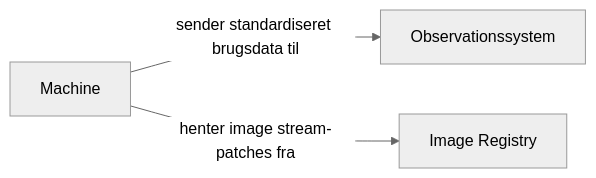
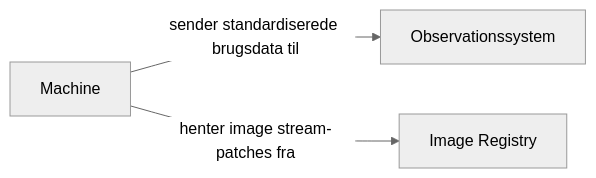
Before and after one commit to 0xf1e/os2fri-dokumentation: the sixth of 9 diagrams in presentation/slides.md, drawn with Mermaid (neutral theme). The commit also changed other lines of this file, not shown here.

```diff
--- a/presentation/slides.md
+++ b/presentation/slides.md
@@ -178,5 +180,5 @@
 <div class="mermaid">
 flowchart LR
-    Machine -->|sender standardiseret brugsdata til| ObservabilitySystem[Observationssystem]
+    Machine -->|sender standardiserede brugsdata til| ObservabilitySystem[Observationssystem]
     Machine -->|henter image stream-patches fra| ImageRegistry[Image Registry]
 </div>
```
